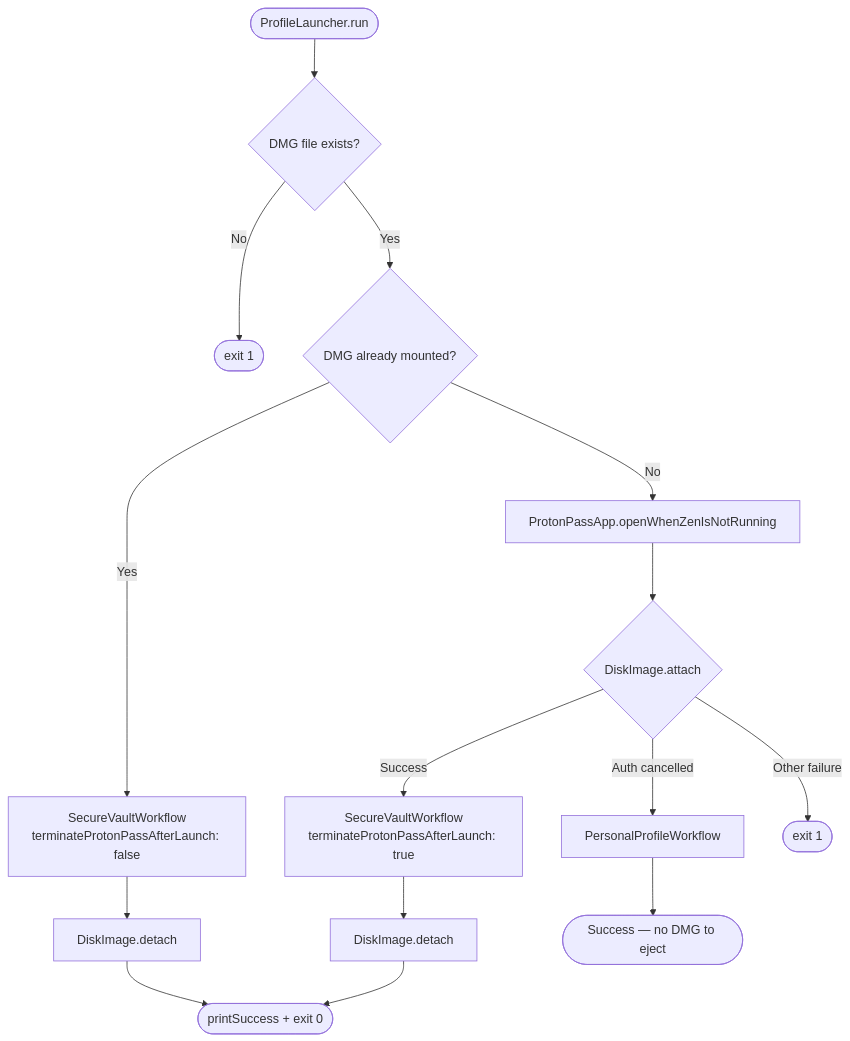
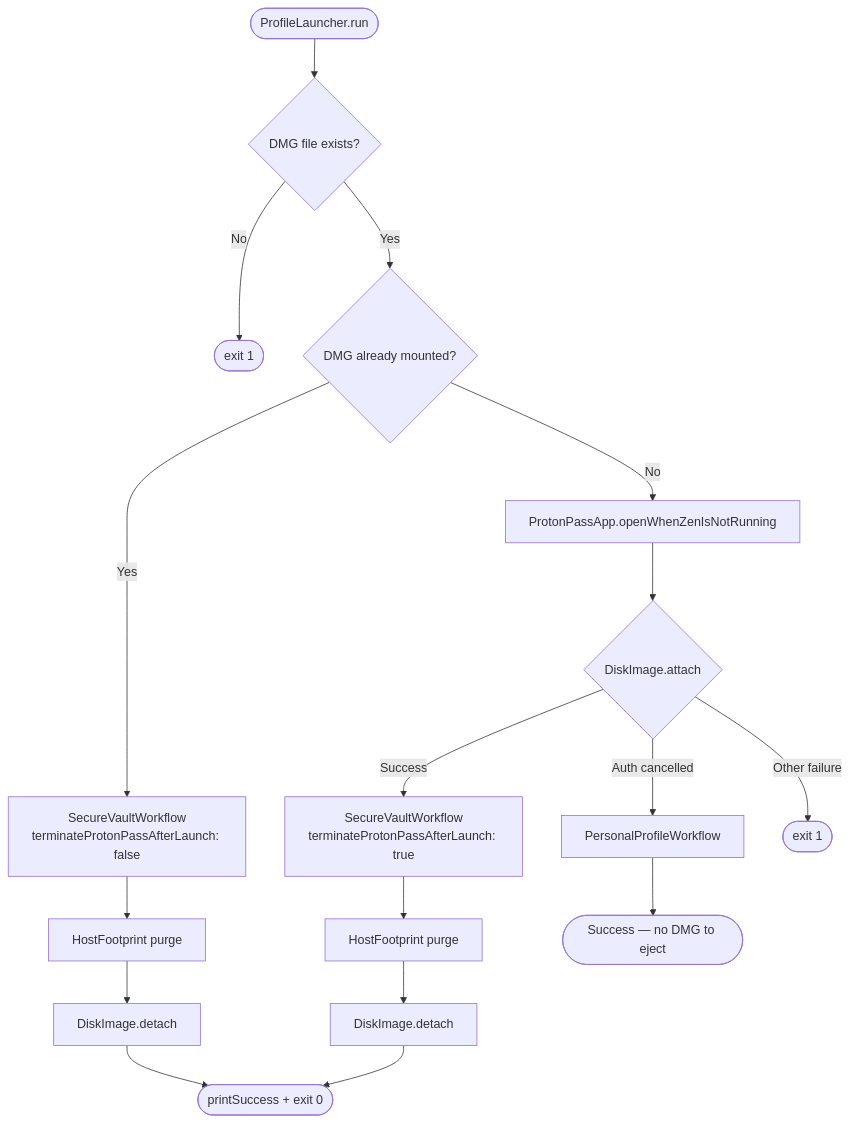
Before and after one commit to Johann-Goncalves-Pereira/Raycast: the second of 6 diagrams in პროფილი-README.md, drawn with Mermaid. The commit also changed other lines of this file and 1 other file, not shown here.

First line of the commit message:
refactor ✨: Enhance Zen Secure Profile management and workflow

````diff
--- a/პროფილი-README.md
+++ b/პროფილი-README.md
@@ -66,21 +68,23 @@
 ```mermaid
 flowchart TD
     Start([ProfileLauncher.run]) --> ValidateDMG{DMG file exists?}
     ValidateDMG -->|No| Exit1([exit 1])
     ValidateDMG -->|Yes| CheckMounted{DMG already mounted?}
 
     CheckMounted -->|Yes| SecureSkipPass[SecureVaultWorkflow<br/>terminateProtonPassAfterLaunch: false]
     CheckMounted -->|No| OpenPass[ProtonPassApp.openWhenZenIsNotRunning]
 
     OpenPass --> TryMount{DiskImage.attach}
     TryMount -->|Success| SecureKillPass[SecureVaultWorkflow<br/>terminateProtonPassAfterLaunch: true]
     TryMount -->|Auth cancelled| Personal[PersonalProfileWorkflow]
     TryMount -->|Other failure| Exit2([exit 1])
 
-    SecureSkipPass --> Eject1[DiskImage.detach]
-    SecureKillPass --> Eject2[DiskImage.detach]
+    SecureSkipPass --> Purge1[HostFootprint purge]
+    SecureKillPass --> Purge2[HostFootprint purge]
+    Purge1 --> Eject1[DiskImage.detach]
+    Purge2 --> Eject2[DiskImage.detach]
     Personal --> Done([Success — no DMG to eject])
 
     Eject1 --> Success([printSuccess + exit 0])
     Eject2 --> Success
 ```
````
